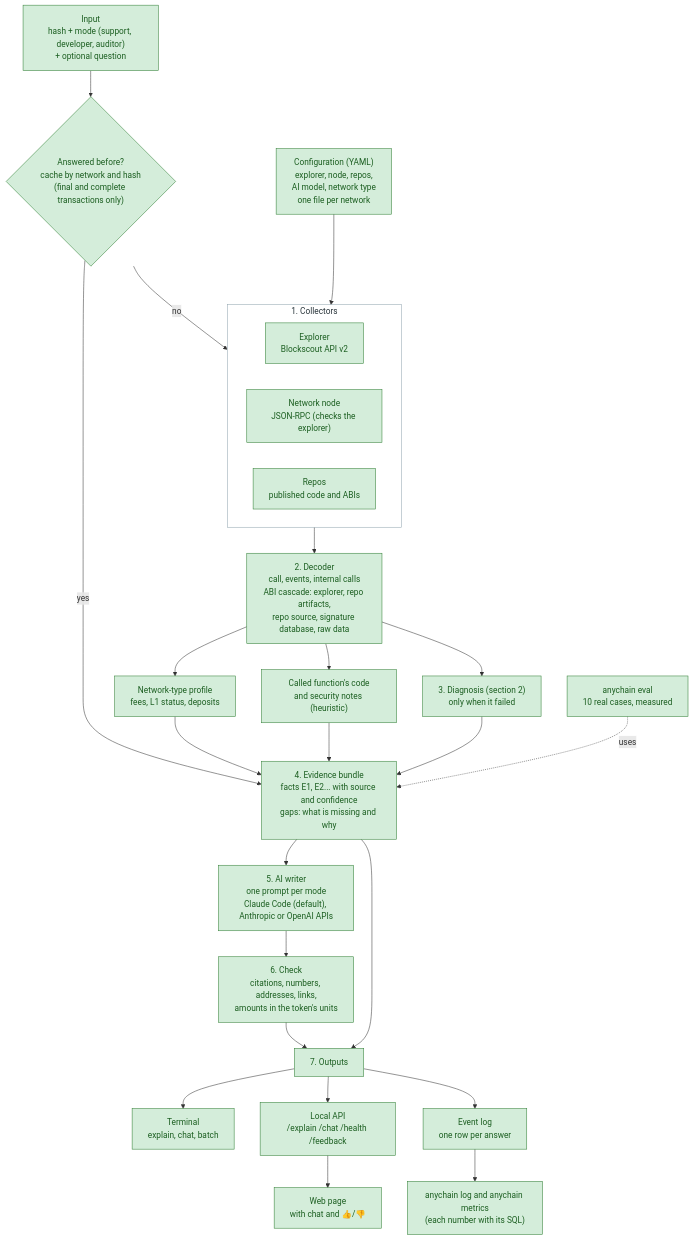
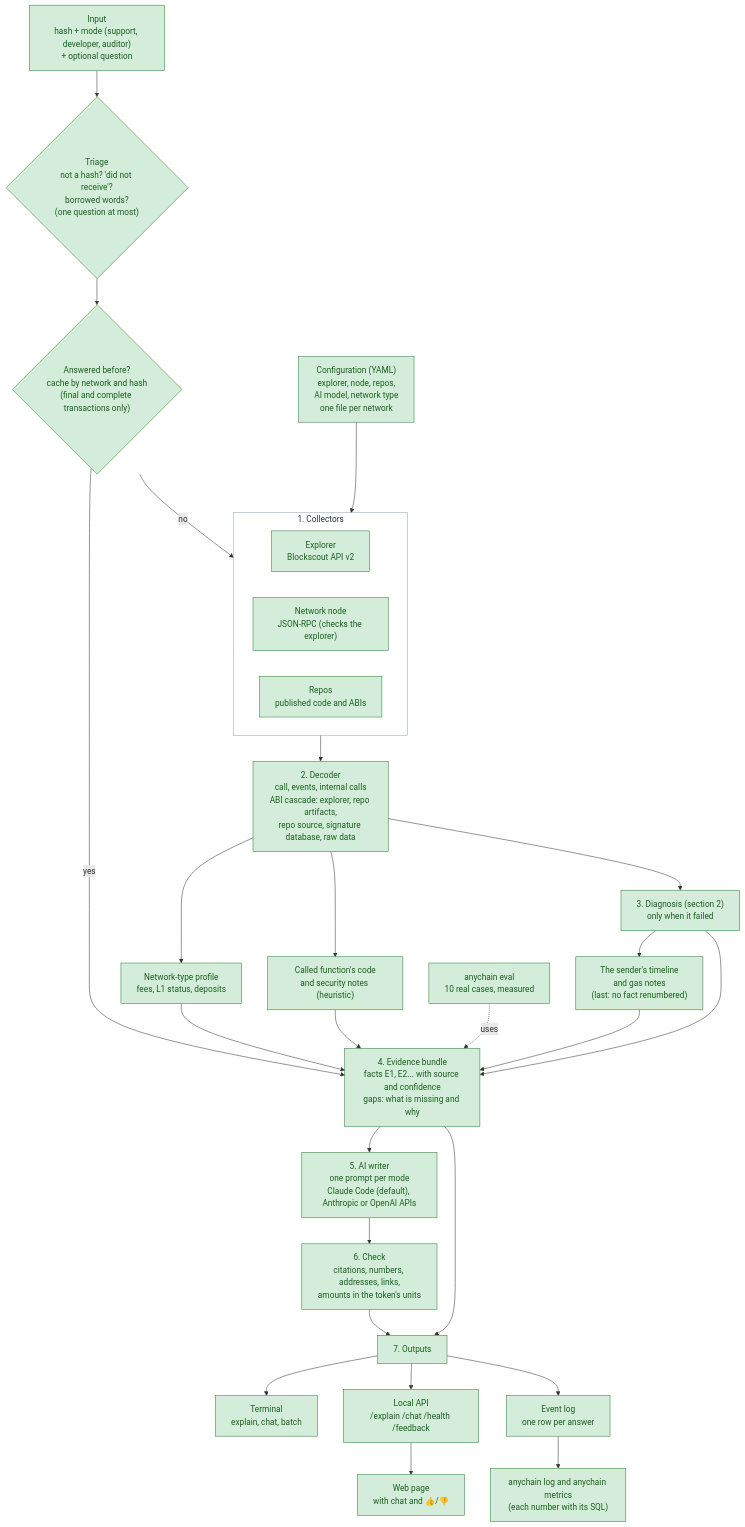
Before and after one commit to Ebaoj/anychain: the second of 9 diagrams in docs/ARCHITECTURE.md, drawn with Mermaid. The commit also changed other lines of this file and 1 other file, not shown here.

Commit message:
Architecture docs: Phase 4 (triage, timeline, gas notes, Docker)
Claude-Session: https://claude.ai/code/session_01JNFV8kYiVTWjHAaAxCWpmZ

````diff
--- a/docs/ARCHITECTURE.md
+++ b/docs/ARCHITECTURE.md
@@ -44,38 +44,41 @@
 ```mermaid
 flowchart TD
-    IN["Input<br/>hash + mode (support, developer, auditor)<br/>+ optional question"] --> CACHE
+    IN["Input<br/>hash + mode (support, developer, auditor)<br/>+ optional question"] --> TRI{"Triage<br/>not a hash? 'did not receive'?<br/>borrowed words?<br/>(one question at most)"}
+    TRI --> CACHE
     CACHE{"Answered before?<br/>cache by network and hash<br/>(final and complete transactions only)"} -->|yes| BUN
     CACHE -->|no| COL
     CFG["Configuration (YAML)<br/>explorer, node, repos,<br/>AI model, network type<br/>one file per network"] --> COL
 
     subgraph COL["1. Collectors"]
         EXP["Explorer<br/>Blockscout API v2"]
         RPC["Network node<br/>JSON-RPC (checks the explorer)"]
         REPO["Repos<br/>published code and ABIs"]
     end
 
     COL --> DEC["2. Decoder<br/>call, events, internal calls<br/>ABI cascade: explorer, repo artifacts,<br/>repo source, signature database, raw data"]
     DEC --> PRO["Network-type profile<br/>fees, L1 status, deposits"]
     DEC --> CODE["Called function's code<br/>and security notes (heuristic)"]
     DEC --> DIAG["3. Diagnosis (section 2)<br/>only when it failed"]
+    DIAG --> TL["The sender's timeline<br/>and gas notes<br/>(last: no fact renumbered)"]
+    TL --> BUN
     PRO --> BUN
     CODE --> BUN
     DIAG --> BUN
 
     BUN["4. Evidence bundle<br/>facts E1, E2... with source and confidence<br/>gaps: what is missing and why"]
     BUN --> WRI["5. AI writer<br/>one prompt per mode<br/>Claude Code (default), Anthropic or OpenAI APIs"]
     WRI --> VAL["6. Check<br/>citations, numbers, addresses, links,<br/>amounts in the token's units"]
     VAL --> OUT["7. Outputs"]
     BUN --> OUT
 
     OUT --> CLI["Terminal<br/>explain, chat, batch"]
     OUT --> API["Local API<br/>/explain /chat /health /feedback"]
     API --> PAGE["Web page<br/>with chat and 👍/👎"]
     OUT --> LOG["Event log<br/>one row per answer"]
     LOG --> MET["anychain log and anychain metrics<br/>(each number with its SQL)"]
     EVAL["anychain eval<br/>10 real cases, measured"] -.uses.-> BUN
 
     classDef done fill:#d4edda,stroke:#2e7d32,color:#1b5e20
-    class IN,CACHE,CFG,EXP,RPC,REPO,DEC,PRO,CODE,DIAG,BUN,WRI,VAL,OUT,CLI,API,PAGE,LOG,MET,EVAL done
+    class IN,TRI,TL,CACHE,CFG,EXP,RPC,REPO,DEC,PRO,CODE,DIAG,BUN,WRI,VAL,OUT,CLI,API,PAGE,LOG,MET,EVAL done
     style COL fill:#ffffff,stroke:#90a4ae,color:#263238
 ```
````
